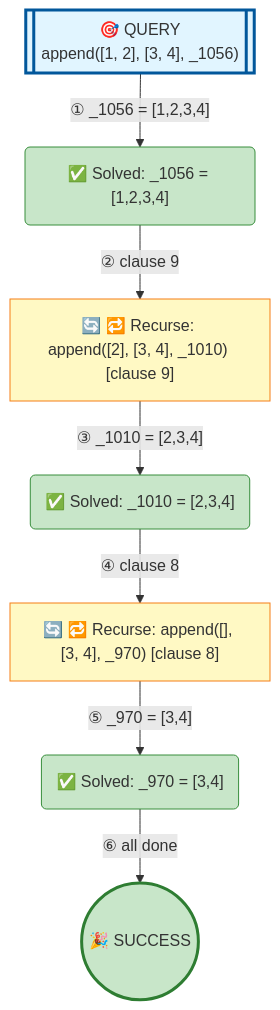
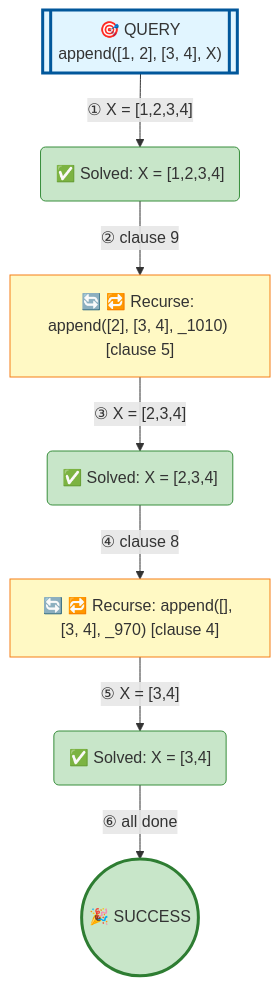
The diagram in examples/append-standard.md (jarecsni/prolog-trace-viz), drawn with Mermaid before and after one commit. The commit also changed other lines of this file and 26 other files, not shown here.

````diff
--- a/examples/append-standard.md
+++ b/examples/append-standard.md
@@ -16,29 +16,29 @@
 ```mermaid
 graph TD
 
 %% Nodes
-A[["🎯 QUERY<br/>append([1, 2], [3, 4], _1056)"]]
-B("✅ Solved: _1056 = [1,2,3,4]")
-C["🔄 🔁 Recurse: append([2], [3, 4], _1010) [clause 9]"]
-D("✅ Solved: _1010 = [2,3,4]")
-E["🔄 🔁 Recurse: append([], [3, 4], _970) [clause 8]"]
-F("✅ Solved: _970 = [3,4]")
+A[["🎯 QUERY<br/>append([1, 2], [3, 4], X)"]]
+B("✅ Solved: X = [1,2,3,4]")
+C["🔄 🔁 Recurse: append([2], [3, 4], _1010) [clause 5]"]
+D("✅ Solved: X = [2,3,4]")
+E["🔄 🔁 Recurse: append([], [3, 4], _970) [clause 4]"]
+F("✅ Solved: X = [3,4]")
 G(("🎉 SUCCESS"))
 
 %% Edges
-A -->|"① _1056 = [1,2,3,4]"| B
+A -->|"① X = [1,2,3,4]"| B
 B -->|"② clause 9"| C
-C -->|"③ _1010 = [2,3,4]"| D
+C -->|"③ X = [2,3,4]"| D
 D -->|"④ clause 8"| E
-E -->|"⑤ _970 = [3,4]"| F
+E -->|"⑤ X = [3,4]"| F
 F -->|"⑥ all done"| G
 
 %% Styles
 style A fill:#e1f5ff,stroke:#01579b,stroke-width:3px
 style B fill:#c8e6c9,stroke:#388e3c
 style C fill:#fff9c4,stroke:#f57f17
 style D fill:#c8e6c9,stroke:#388e3c
 style E fill:#fff9c4,stroke:#f57f17
 style F fill:#c8e6c9,stroke:#388e3c
 style G fill:#c8e6c9,stroke:#2e7d32,stroke-width:3px
 ```
````
